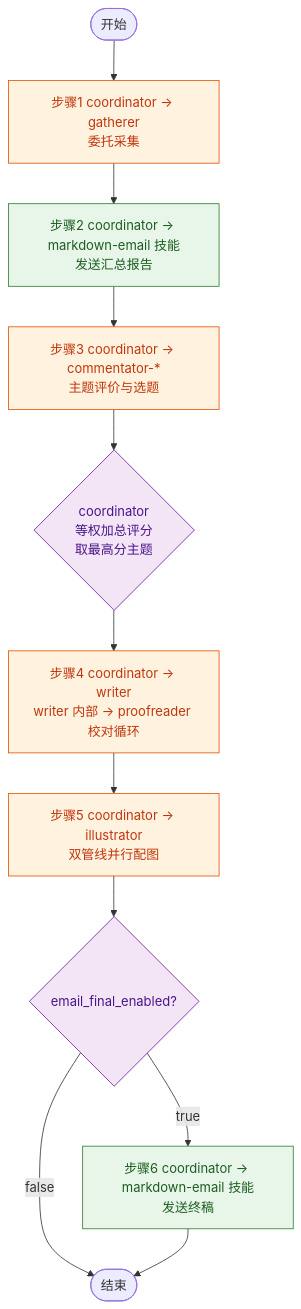
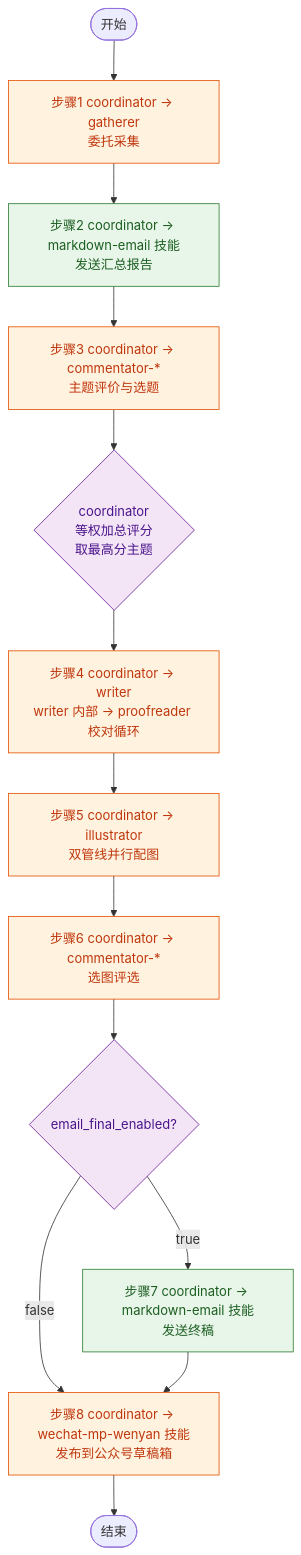
The diagram in workflows/workflow_mp-auto-pipeline.md (bruce1977/penbot), drawn with Mermaid before and after one commit. The commit also changed other lines of this file and 8 other files, not shown here.

````diff
--- a/workflows/workflow_mp-auto-pipeline.md
+++ b/workflows/workflow_mp-auto-pipeline.md
@@ -25,23 +27,25 @@
 ```mermaid
 flowchart TD
     classDef coord fill:#e3f2fd,stroke:#1565c0,stroke-width:1px,color:#0d47a1
     classDef delegate fill:#fff3e0,stroke:#e65100,stroke-width:1px,color:#bf360c
     classDef direct fill:#e8f5e9,stroke:#2e7d32,stroke-width:1px,color:#1b5e20
     classDef decision fill:#f3e5f5,stroke:#6a1b9a,stroke-width:1px,color:#4a148c
 
     S([开始]) --> G1[步骤1 coordinator → gatherer<br/>委托采集]
     G1 --> G2[步骤2 coordinator → markdown-email 技能<br/>发送汇总报告]
     G2 --> G3[步骤3 coordinator → commentator-*<br/>主题评价与选题]
     G3 --> D{coordinator<br/>等权加总评分<br/>取最高分主题}
     D --> G4[步骤4 coordinator → writer<br/>writer 内部 → proofreader 校对循环]
     G4 --> G5[步骤5 coordinator → illustrator<br/>双管线并行配图]
-    G5 --> E2{email_final_enabled?}
-    E2 -- true --> G6[步骤6 coordinator → markdown-email 技能<br/>发送终稿]
-    E2 -- false --> F
-    G6 --> F([结束])
+    G5 --> G6[步骤6 coordinator → commentator-*<br/>选图评选]
+    G6 --> E2{email_final_enabled?}
+    E2 -- true --> G7[步骤7 coordinator → markdown-email 技能<br/>发送终稿]
+    E2 -- false --> G8
+    G7 --> G8[步骤8 coordinator → wechat-mp-wenyan 技能<br/>发布到公众号草稿箱]
+    G8 --> F([结束])
 
     class S,F startend
-    class G1,G3,G4,G5 delegate
-    class G2,G6 direct
+    class G1,G3,G4,G5,G6,G8 delegate
+    class G2,G7 direct
     class D,E2 decision
 ```
````
